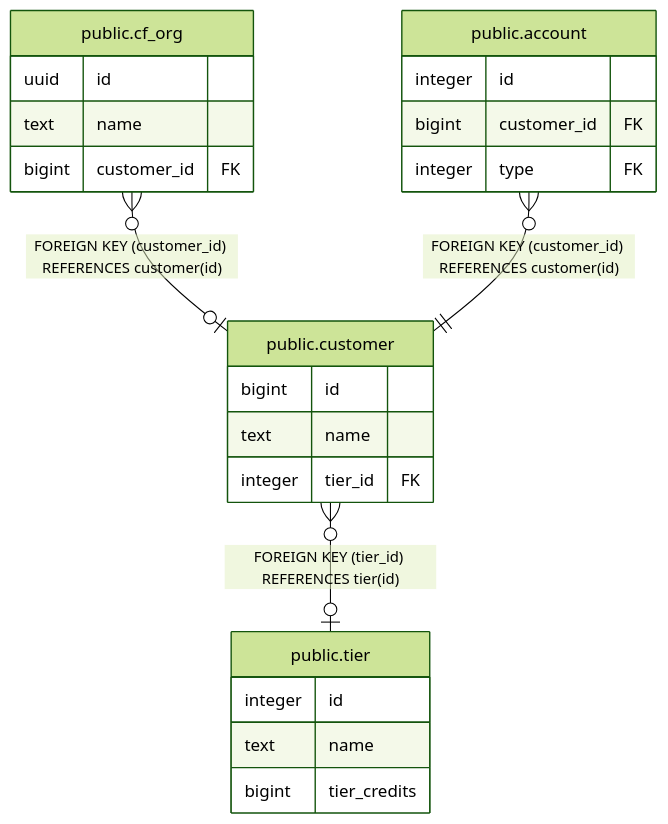
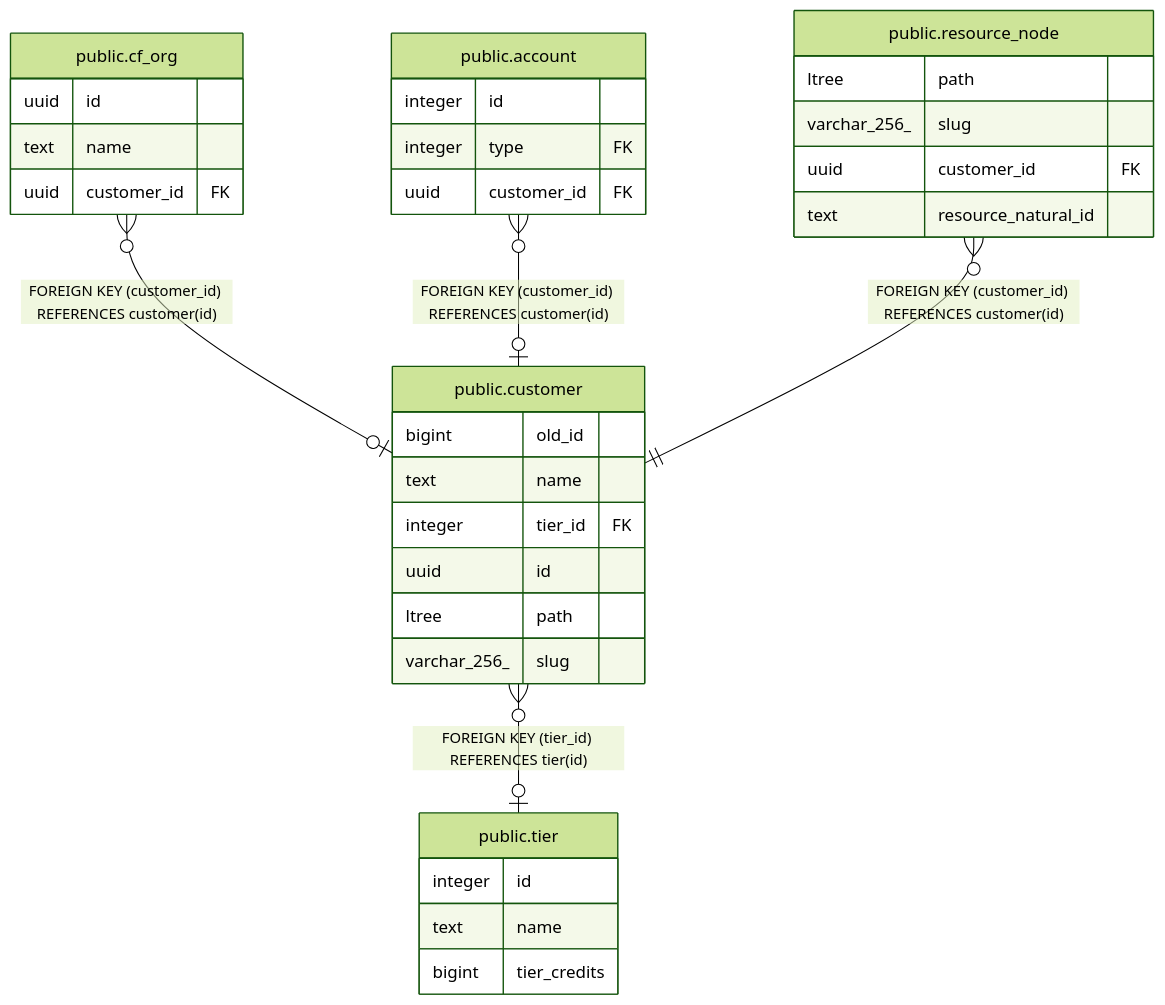
One commit to cloud-gov/billing changed the diagram in docs/db-schema/public.tier.md. Above: the diagram before and after it, drawn with Mermaid (forest theme). The commit also changed 15 other files, not shown here.

````diff
--- a/docs/db-schema/public.tier.md
+++ b/docs/db-schema/public.tier.md
@@ -27,28 +27,38 @@
 ```mermaid
 erDiagram
 
 "public.customer" }o--o| "public.tier" : "FOREIGN KEY (tier_id) REFERENCES tier(id)"
 "public.cf_org" }o--o| "public.customer" : "FOREIGN KEY (customer_id) REFERENCES customer(id)"
-"public.account" }o--|| "public.customer" : "FOREIGN KEY (customer_id) REFERENCES customer(id)"
+"public.account" }o--o| "public.customer" : "FOREIGN KEY (customer_id) REFERENCES customer(id)"
+"public.resource_node" }o--|| "public.customer" : "FOREIGN KEY (customer_id) REFERENCES customer(id)"
 
 "public.tier" {
   integer id
   text name
   bigint tier_credits
 }
 "public.customer" {
-  bigint id
+  bigint old_id
   text name
   integer tier_id FK
+  uuid id
+  ltree path
+  varchar_256_ slug
 }
 "public.cf_org" {
   uuid id
   text name
-  bigint customer_id FK
+  uuid customer_id FK
 }
 "public.account" {
   integer id
-  bigint customer_id FK
   integer type FK
+  uuid customer_id FK
+}
+"public.resource_node" {
+  ltree path
+  varchar_256_ slug
+  uuid customer_id FK
+  text resource_natural_id
 }
 ```
````
